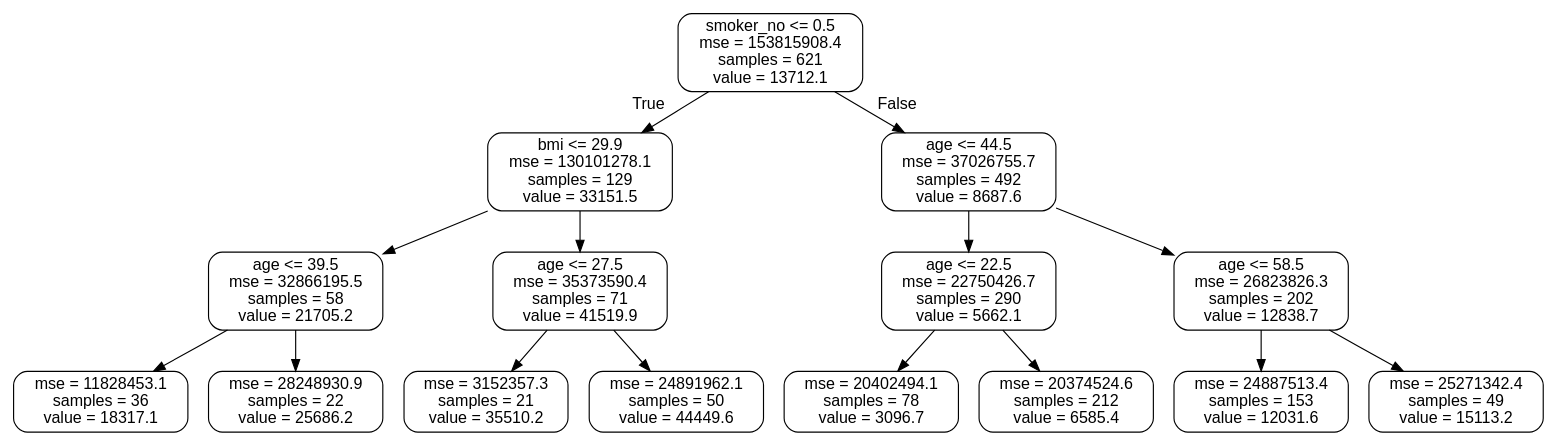
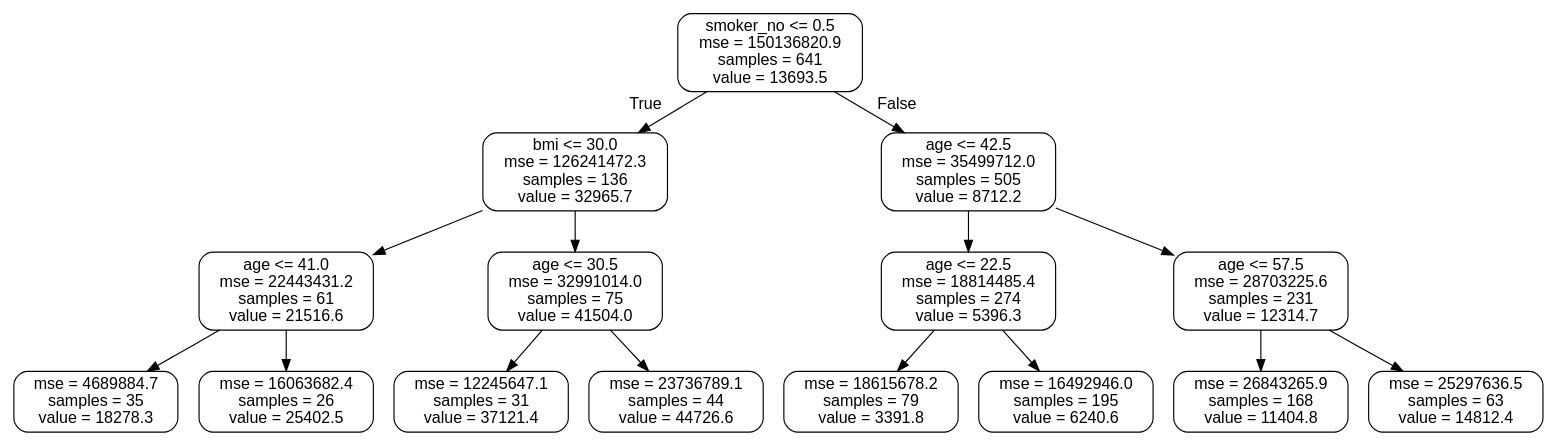
Before and after one commit to jasonzelaya/Health-Insurance-Cost-Forecast: the diagram in small_tree.dot, drawn with Graphviz. The commit also changed 9 other files, not shown here.

Commit message:
Added preliminary code for graphs

```diff
--- a/small_tree.dot
+++ b/small_tree.dot
@@ -1,33 +1,33 @@
 digraph Tree {
 node [shape=box, style="rounded", color="black", fontname=helvetica] ;
 edge [fontname=helvetica] ;
-0 [label="smoker_no <= 0.5\nmse = 153815908.4\nsamples = 621\nvalue = 13712.1"] ;
-1 [label="bmi <= 29.9\nmse = 130101278.1\nsamples = 129\nvalue = 33151.5"] ;
+0 [label="smoker_no <= 0.5\nmse = 150136820.9\nsamples = 641\nvalue = 13693.5"] ;
+1 [label="bmi <= 30.0\nmse = 126241472.3\nsamples = 136\nvalue = 32965.7"] ;
 0 -> 1 [labeldistance=2.5, labelangle=45, headlabel="True"] ;
-2 [label="age <= 39.5\nmse = 32866195.5\nsamples = 58\nvalue = 21705.2"] ;
+2 [label="age <= 41.0\nmse = 22443431.2\nsamples = 61\nvalue = 21516.6"] ;
 1 -> 2 ;
-3 [label="mse = 11828453.1\nsamples = 36\nvalue = 18317.1"] ;
+3 [label="mse = 4689884.7\nsamples = 35\nvalue = 18278.3"] ;
 2 -> 3 ;
-4 [label="mse = 28248930.9\nsamples = 22\nvalue = 25686.2"] ;
+4 [label="mse = 16063682.4\nsamples = 26\nvalue = 25402.5"] ;
 2 -> 4 ;
-5 [label="age <= 27.5\nmse = 35373590.4\nsamples = 71\nvalue = 41519.9"] ;
+5 [label="age <= 30.5\nmse = 32991014.0\nsamples = 75\nvalue = 41504.0"] ;
 1 -> 5 ;
-6 [label="mse = 3152357.3\nsamples = 21\nvalue = 35510.2"] ;
+6 [label="mse = 12245647.1\nsamples = 31\nvalue = 37121.4"] ;
 5 -> 6 ;
-7 [label="mse = 24891962.1\nsamples = 50\nvalue = 44449.6"] ;
+7 [label="mse = 23736789.1\nsamples = 44\nvalue = 44726.6"] ;
 5 -> 7 ;
-8 [label="age <= 44.5\nmse = 37026755.7\nsamples = 492\nvalue = 8687.6"] ;
+8 [label="age <= 42.5\nmse = 35499712.0\nsamples = 505\nvalue = 8712.2"] ;
 0 -> 8 [labeldistance=2.5, labelangle=-45, headlabel="False"] ;
-9 [label="age <= 22.5\nmse = 22750426.7\nsamples = 290\nvalue = 5662.1"] ;
+9 [label="age <= 22.5\nmse = 18814485.4\nsamples = 274\nvalue = 5396.3"] ;
 8 -> 9 ;
-10 [label="mse = 20402494.1\nsamples = 78\nvalue = 3096.7"] ;
+10 [label="mse = 18615678.2\nsamples = 79\nvalue = 3391.8"] ;
 9 -> 10 ;
-11 [label="mse = 20374524.6\nsamples = 212\nvalue = 6585.4"] ;
+11 [label="mse = 16492946.0\nsamples = 195\nvalue = 6240.6"] ;
 9 -> 11 ;
-12 [label="age <= 58.5\nmse = 26823826.3\nsamples = 202\nvalue = 12838.7"] ;
+12 [label="age <= 57.5\nmse = 28703225.6\nsamples = 231\nvalue = 12314.7"] ;
 8 -> 12 ;
-13 [label="mse = 24887513.4\nsamples = 153\nvalue = 12031.6"] ;
+13 [label="mse = 26843265.9\nsamples = 168\nvalue = 11404.8"] ;
 12 -> 13 ;
-14 [label="mse = 25271342.4\nsamples = 49\nvalue = 15113.2"] ;
+14 [label="mse = 25297636.5\nsamples = 63\nvalue = 14812.4"] ;
 12 -> 14 ;
 }
```
